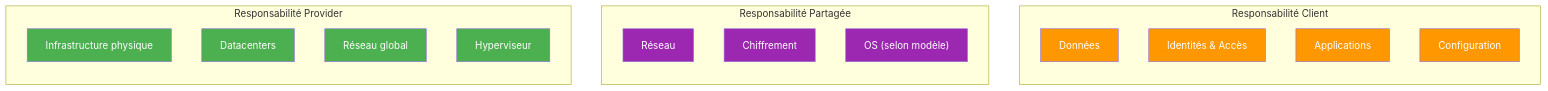
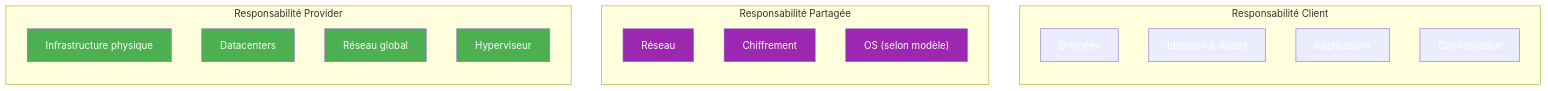
Before and after one commit to VBlackJack/ShellBook: the fifth of 10 diagrams in docs/formations/cloud-fundamentals/02-module.md, drawn with Mermaid. The commit also changed other lines of this file and 337 other files, not shown here.

First line of the commit message:
refactor(docs): Standardize code blocks and Mermaid colors

````diff
--- a/docs/formations/cloud-fundamentals/02-module.md
+++ b/docs/formations/cloud-fundamentals/02-module.md
@@ -236,37 +236,37 @@
 ```mermaid
 graph TB
     subgraph "Responsabilité Client"
         direction TB
         C1["Données"]
         C2["Identités & Accès"]
         C3["Applications"]
         C4["Configuration"]
     end
 
     subgraph "Responsabilité Partagée"
         direction TB
         S1["Réseau"]
         S2["Chiffrement"]
         S3["OS (selon modèle)"]
     end
 
     subgraph "Responsabilité Provider"
         direction TB
         P1["Infrastructure physique"]
         P2["Datacenters"]
         P3["Réseau global"]
         P4["Hyperviseur"]
     end
 
-    style C1 fill:#ff9800,color:#fff
-    style C2 fill:#ff9800,color:#fff
-    style C3 fill:#ff9800,color:#fff
-    style C4 fill:#ff9800,color:#fff
+    style C1 fill:#FF9800800800,color:#fff
+    style C2 fill:#FF9800800800,color:#fff
+    style C3 fill:#FF9800800800,color:#fff
+    style C4 fill:#FF9800800800,color:#fff
     style S1 fill:#9c27b0,color:#fff
     style S2 fill:#9c27b0,color:#fff
     style S3 fill:#9c27b0,color:#fff
     style P1 fill:#4caf50,color:#fff
     style P2 fill:#4caf50,color:#fff
     style P3 fill:#4caf50,color:#fff
     style P4 fill:#4caf50,color:#fff
 ```
````
